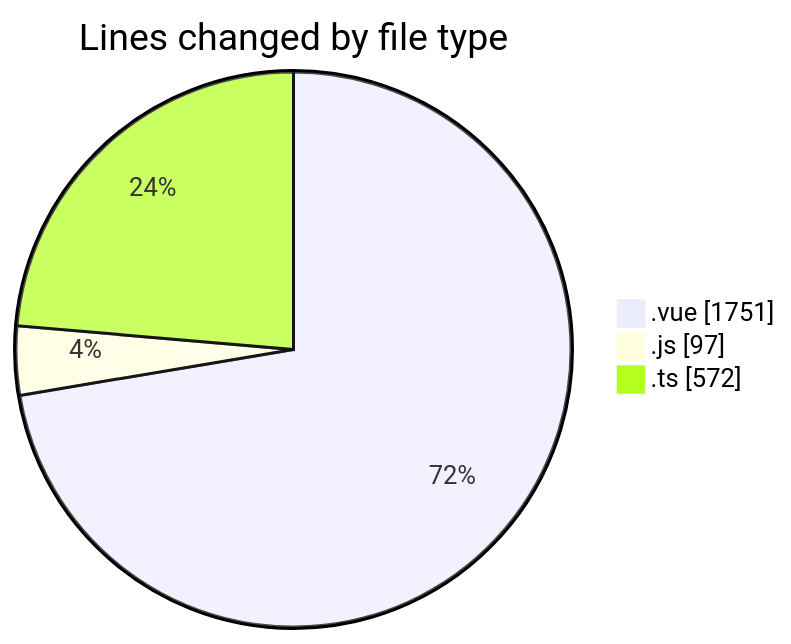
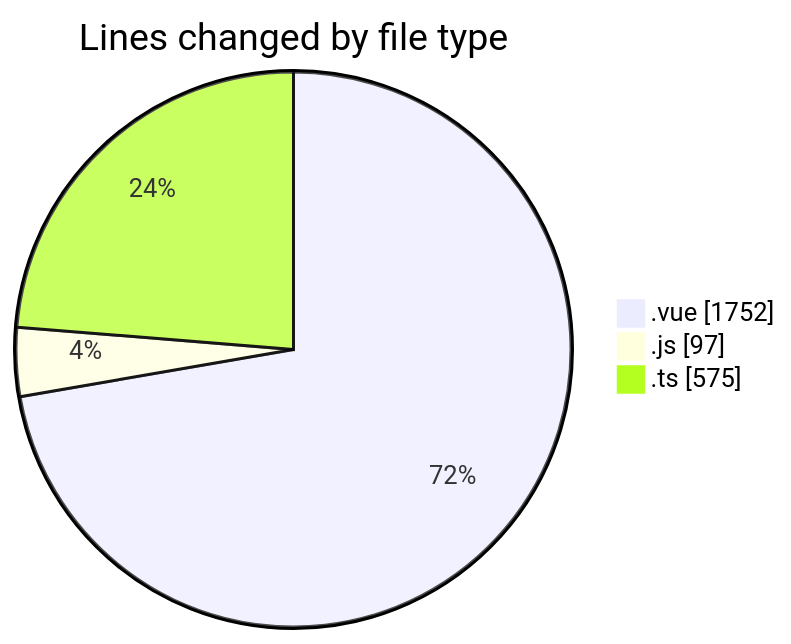
The first of 2 diagrams in 2025-08-12/rentotp/README.md (lephambinh05/code-tracking), drawn with Mermaid before and after one commit. The commit also changed other lines of this file and 1 other file, not shown here.

````diff
--- a/2025-08-12/rentotp/README.md
+++ b/2025-08-12/rentotp/README.md
@@ -31,7 +31,7 @@
 ```mermaid
 pie showData
 title Lines changed by file type
-".vue" : 1751
+".vue" : 1752
 ".js" : 97
-".ts" : 572
+".ts" : 575
 ```
````
